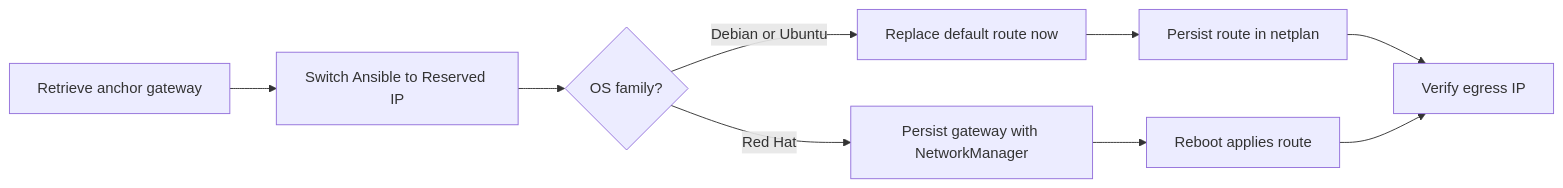
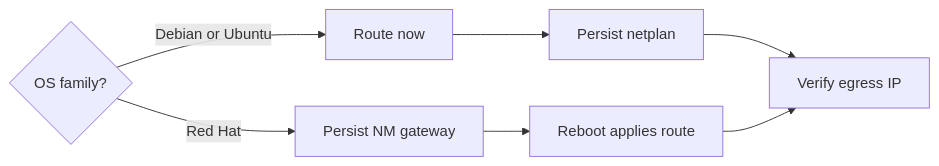
The second of 2 diagrams in README.md (inviqa/ansible-digitalocean-reserved-ip), drawn with Mermaid before and after one commit. The commit also changed other lines of this file and 13 other files, not shown here.

````diff
--- a/README.md
+++ b/README.md
@@ -120,20 +135,15 @@
 ```mermaid
 flowchart LR
-  metadata["Retrieve anchor gateway"]
-  handoff["Switch Ansible to Reserved IP"]
   os_family{"OS family?"}
-  immediate["Replace default route now"]
-  netplan["Persist route in netplan"]
-  nmcli["Persist gateway with NetworkManager"]
+  immediate["Route now"]
+  netplan["Persist netplan"]
+  nmcli["Persist NM gateway"]
   reboot["Reboot applies route"]
   verify["Verify egress IP"]
-
-  metadata --> handoff
-  handoff --> os_family
   os_family -->|Debian or Ubuntu| immediate
   immediate --> netplan
   os_family -->|Red Hat| nmcli
   nmcli --> reboot
   netplan --> verify
   reboot --> verify
 ```
````
